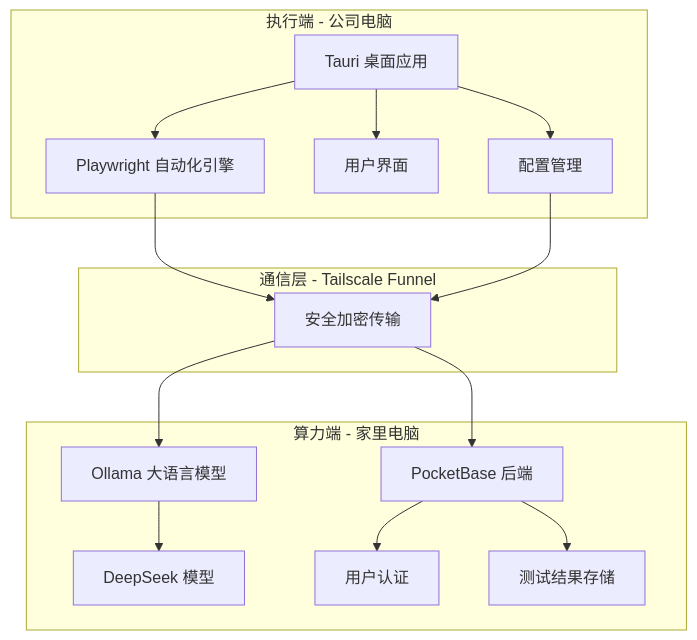
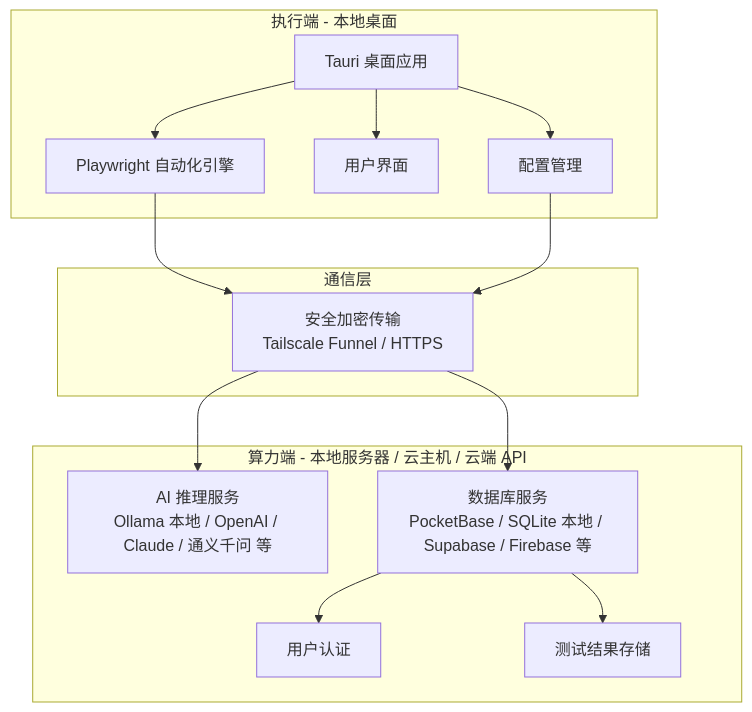
The diagram in 开发文档.md (balinda123/logicguard_ai), drawn with Mermaid before and after one commit. The commit also changed other lines of this file, not shown here.

````diff
--- a/开发文档.md
+++ b/开发文档.md
@@ -36,23 +37,24 @@
 ```mermaid
 flowchart TD
-    subgraph 执行端[执行端 - 公司电脑]
+    subgraph 执行端[执行端 - 本地桌面]
         A[Tauri 桌面应用] --> B[Playwright 自动化引擎]
         A --> C[用户界面]
         A --> D[配置管理]
     end
 
-    subgraph 通信层[通信层 - Tailscale Funnel]
-        E[安全加密传输]
+    subgraph 通信层[通信层]
+        E[安全加密传输\nTailscale Funnel / HTTPS]
     end
 
-    subgraph 算力端[算力端 - 家里电脑]
-        F[Ollama 大语言模型] --> G[DeepSeek 模型]
-        H[PocketBase 后端] --> I[用户认证]
+    subgraph 算力端[算力端 - 本地服务器 / 云主机 / 云端 API]
+        F[AI 推理服务\nOllama 本地 / OpenAI / Claude / 通义千问 等]
+        H[数据库服务\nPocketBase / SQLite 本地 / Supabase / Firebase 等]
+        H --> I[用户认证]
         H --> J[测试结果存储]
     end
 
     B --> E
     D --> E
     E --> F
     E --> H
 ```
````
